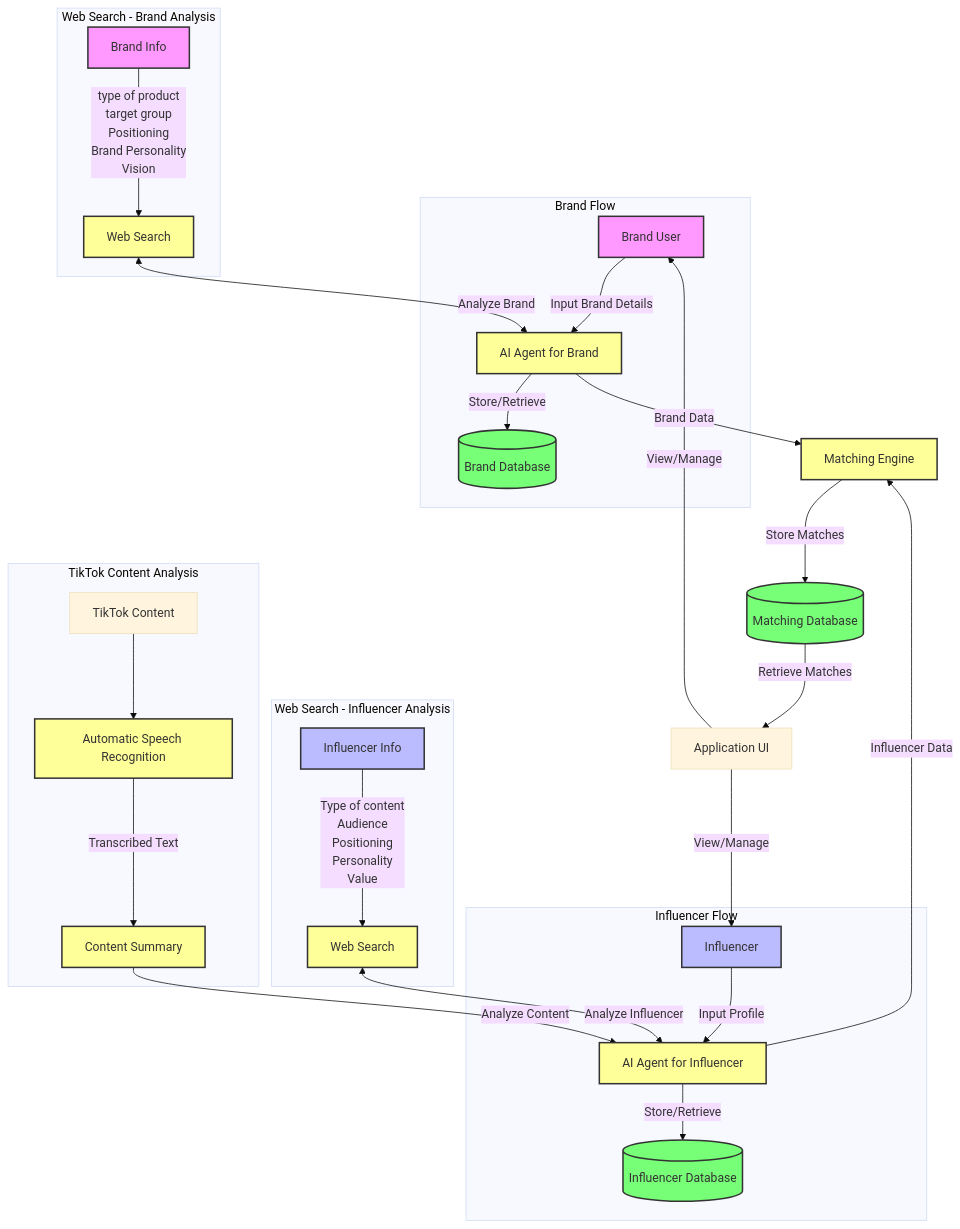
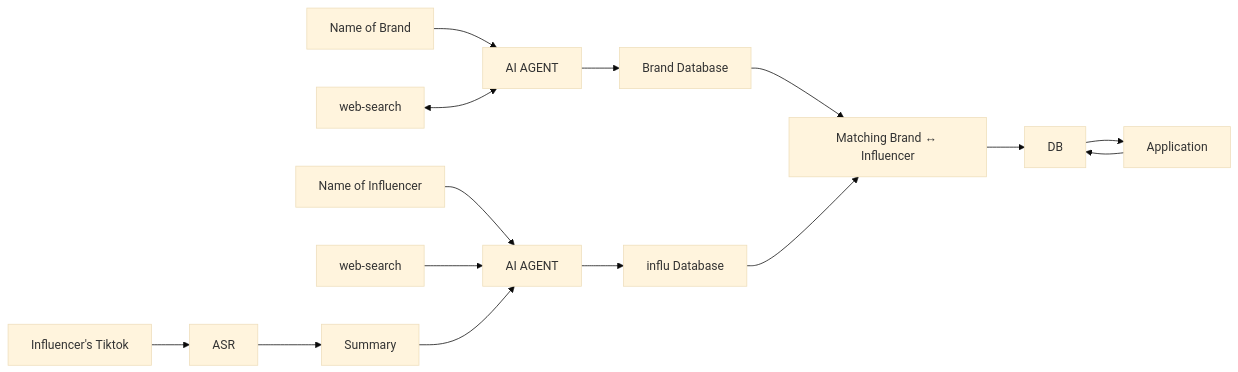
The diagram in README.md (Ink6220/brand_influencer_matcher_AI), drawn with Mermaid (base theme) before and after one commit.

Commit message:
Update README.md
mermaid

````diff
--- a/README.md
+++ b/README.md
@@ -68,49 +68,24 @@
 ```mermaid
-flowchart TD
-    subgraph Brand_Flow [Brand Flow]
-        Brand[Brand User] -->|Input Brand Details| AIAgentBrand[AI Agent for Brand]
-        AIAgentBrand -->|Store/Retrieve| BrandDB[(Brand Database)]
-    end
+flowchart LR
+    %% Brand Flow
+    Brand[Name of Brand] --> AIAgentBrand[AI AGENT]
+    WebSearch1[web-search] <--> AIAgentBrand
+    AIAgentBrand --> BrandDB[Brand Database]
 
-    subgraph Influencer_Flow [Influencer Flow]
-        IFLU[Influencer] -->|Input Profile| AIAgentInflu[AI Agent for Influencer]
-        AIAgentInflu -->|Store/Retrieve| InfluDB[(Influencer Database)]
-    end
+    %% Influencer Flow
+    Influencer[Name of Influencer] --> AIAgentInflu[AI AGENT]
+    WebSearch2[web-search] --> AIAgentInflu
+    Summary --> AIAgentInflu
+    AIAgentInflu --> InfluDB[influ Database]
 
-    subgraph WebSearch_Brand [Web Search - Brand Analysis]
-        WebSearch1[Web Search] <-->|Analyze Brand| AIAgentBrand
-        InfoBrand[Brand Info] -->|type of product\ntarget group\nPositioning\nBrand Personality\nVision| WebSearch1
-    end
+    %% TikTok + ASR
+    TikTok[Influencer's Tiktok] --> ASR
+    ASR --> Summary
 
-    subgraph WebSearch_Influ [Web Search - Influencer Analysis]
-        WebSearch2[Web Search] <-->|Analyze Influencer| AIAgentInflu
-        InfoInflu[Influencer Info] -->|Type of content\nAudience\nPositioning\nPersonality\nValue| WebSearch2
-    end
-
-    subgraph TikTok_Flow [TikTok Content Analysis]
-        TikTok[TikTok Content] --> ASR[Automatic Speech Recognition]
-        ASR -->|Transcribed Text| Summary[Content Summary]
-        Summary -->|Analyze Content| AIAgentInflu
-    end
-
-    %% Data Flow
-    AIAgentBrand -->|Brand Data| Matching[Matching Engine]
-    AIAgentInflu -->|Influencer Data| Matching
-    
-    %% Database and Application
-    Matching -->|Store Matches| DB[(Matching Database)]
-    DB -->|Retrieve Matches| Application[Application UI]
-    Application -->|View/Manage| Brand
-    Application -->|View/Manage| IFLU
-
-    %% Styling
-    classDef brand fill:#f9f,stroke:#333,stroke-width:2px;
-    classDef influencer fill:#bbf,stroke:#333,stroke-width:2px;
-    classDef database fill:#7f7,stroke:#333,stroke-width:2px;
-    classDef process fill:#ff9,stroke:#333,stroke-width:2px;
-    
-    class Brand,BrandDB,InfoBrand brand;
-    class IFLU,InfluDB,InfoInflu influencer;
-    class BrandDB,InfluDB,DB database;
-    class AIAgentBrand,AIAgentInflu,Matching,ASR,Summary,WebSearch1,WebSearch2 process;
+    %% Matching + DB
+    BrandDB --> Matching[Matching Brand ↔ Influencer]
+    InfluDB --> Matching
+    Matching --> DB
+    DB --> Application
+    Application --> DB
 ```
````
